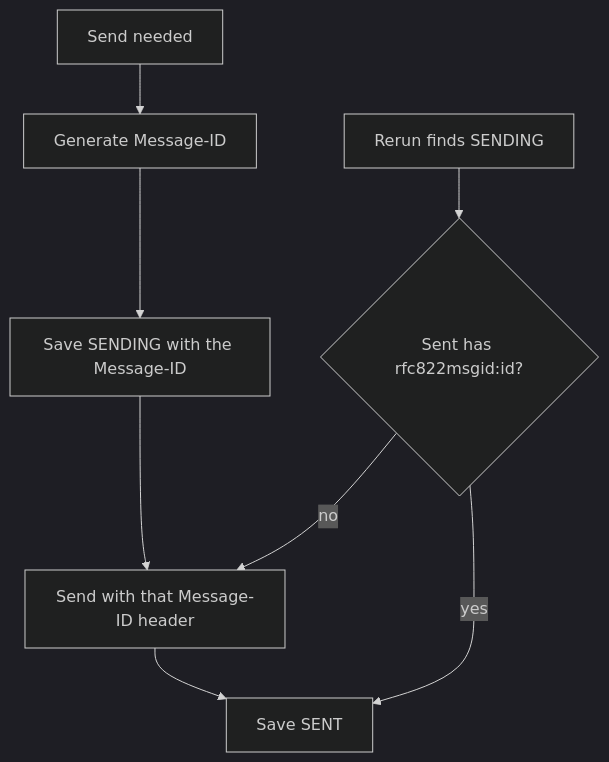
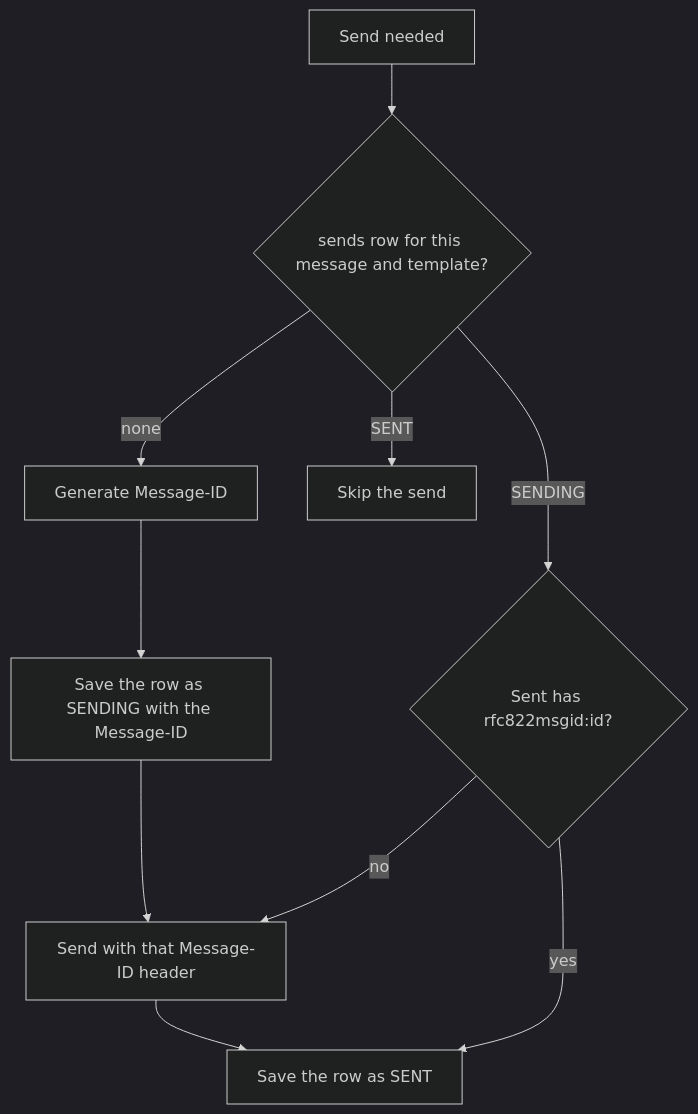
The third of 3 diagrams in docs/retrieve-classify.md (andreicaminschi/ai-email-assistant), drawn with Mermaid (dark theme) before and after one commit. The commit also changed other lines of this file and 4 other files, not shown here.

First line of the commit message:
docs: email templates, per-send rows, task and slot-offer flows

````diff
--- a/docs/retrieve-classify.md
+++ b/docs/retrieve-classify.md
@@ -200,11 +204,12 @@
 ```mermaid
 flowchart TD
-    A[Send needed] --> B[Generate Message-ID]
-    B --> C[Save SENDING with the Message-ID]
+    A[Send needed] --> R{sends row for this message and template?}
+    R -- none --> B[Generate Message-ID]
+    B --> C[Save the row as SENDING with the Message-ID]
     C --> D[Send with that Message-ID header]
-    D --> E[Save SENT]
-
-    R[Rerun finds SENDING] --> Q{Sent has rfc822msgid:id?}
+    D --> E[Save the row as SENT]
+    R -- SENT --> E2[Skip the send]
+    R -- SENDING --> Q{Sent has rfc822msgid:id?}
     Q -- yes --> E
     Q -- no --> D
 ```
````
